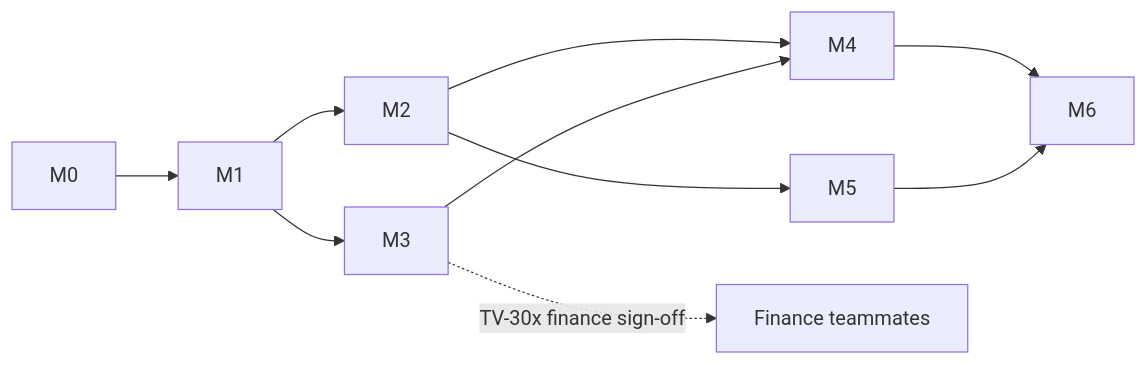
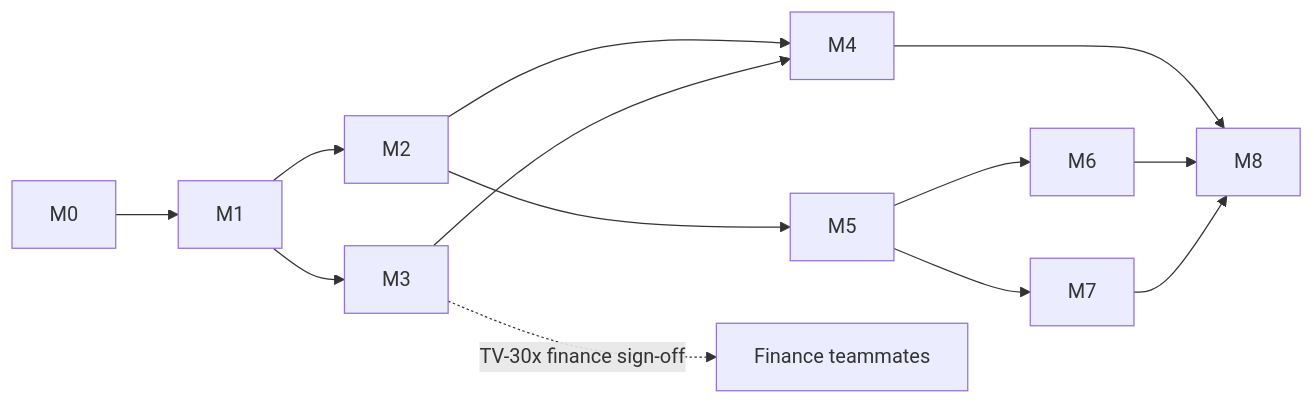
One commit to Talaljaber/Eltizamati changed the diagram in docs/08-delivery/hackathon-plan.md. Above: the diagram before and after it, drawn with Mermaid. The commit also changed other lines of this file and 13 other files, not shown here.

````diff
--- a/docs/08-delivery/hackathon-plan.md
+++ b/docs/08-delivery/hackathon-plan.md
@@ -39,10 +58,13 @@
 ```mermaid
 flowchart LR
     M0 --> M1 --> M2 --> M4X[M4]
     M1 --> M3
     M3 --> M4X
     M2 --> M5
-    M4X --> M6
+    M4X --> M8
     M5 --> M6
+    M5 --> M7
+    M6 --> M8
+    M7 --> M8
     M3 -.TV-30x finance sign-off.-> FIN[Finance teammates]
 ```
````
